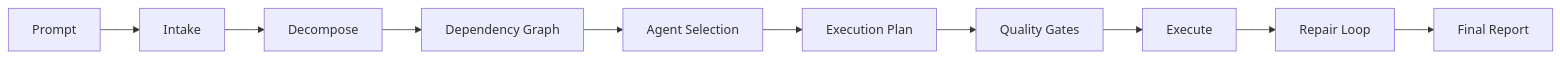
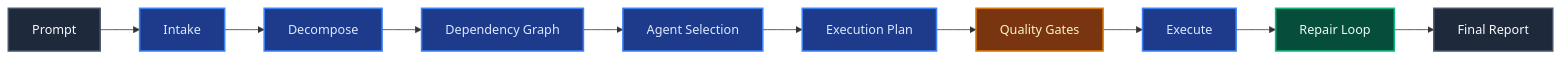
The fifth of 5 diagrams in README.md (hecateq/hecateq-openagent), drawn with Mermaid before and after one commit. The commit also changed other lines of this file, not shown here.

````diff
--- a/README.md
+++ b/README.md
@@ -952,12 +971,17 @@
 ```mermaid
 graph LR
-    P[Prompt] --> I[Intake]
-    I --> D[Decompose]
-    D --> DG[Dependency Graph]
-    DG --> AS[Agent Selection]
-    AS --> EP[Execution Plan]
-    EP --> QG[Quality Gates]
-    QG --> EX[Execute]
-    EX --> RL[Repair Loop]
-    RL --> FR[Final Report]
+    classDef start fill:#1e293b,stroke:#475569,stroke-width:2px,color:#f8fafc;
+    classDef step fill:#1e3a8a,stroke:#3b82f6,stroke-width:2px,color:#dbeafe;
+    classDef gate fill:#78350f,stroke:#d97706,stroke-width:2px,color:#fef3c7;
+    classDef repair fill:#064e3b,stroke:#10b981,stroke-width:2px,color:#ecfdf5;
+
+    P[Prompt]:::start --> I[Intake]:::step
+    I --> D[Decompose]:::step
+    D --> DG[Dependency Graph]:::step
+    DG --> AS[Agent Selection]:::step
+    AS --> EP[Execution Plan]:::step
+    EP --> QG[Quality Gates]:::gate
+    QG --> EX[Execute]:::step
+    EX --> RL[Repair Loop]:::repair
+    RL --> FR[Final Report]:::start
 ```
````
